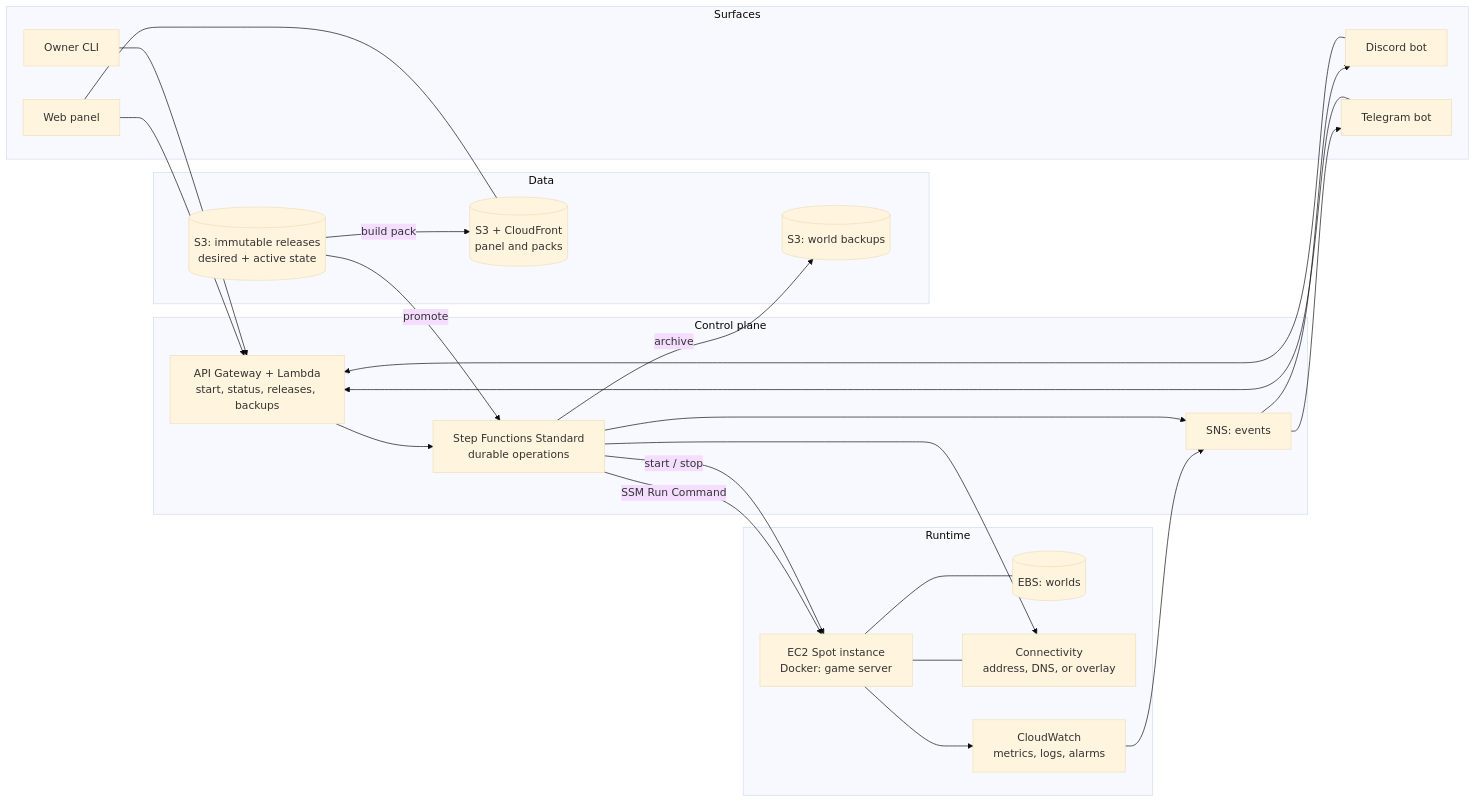
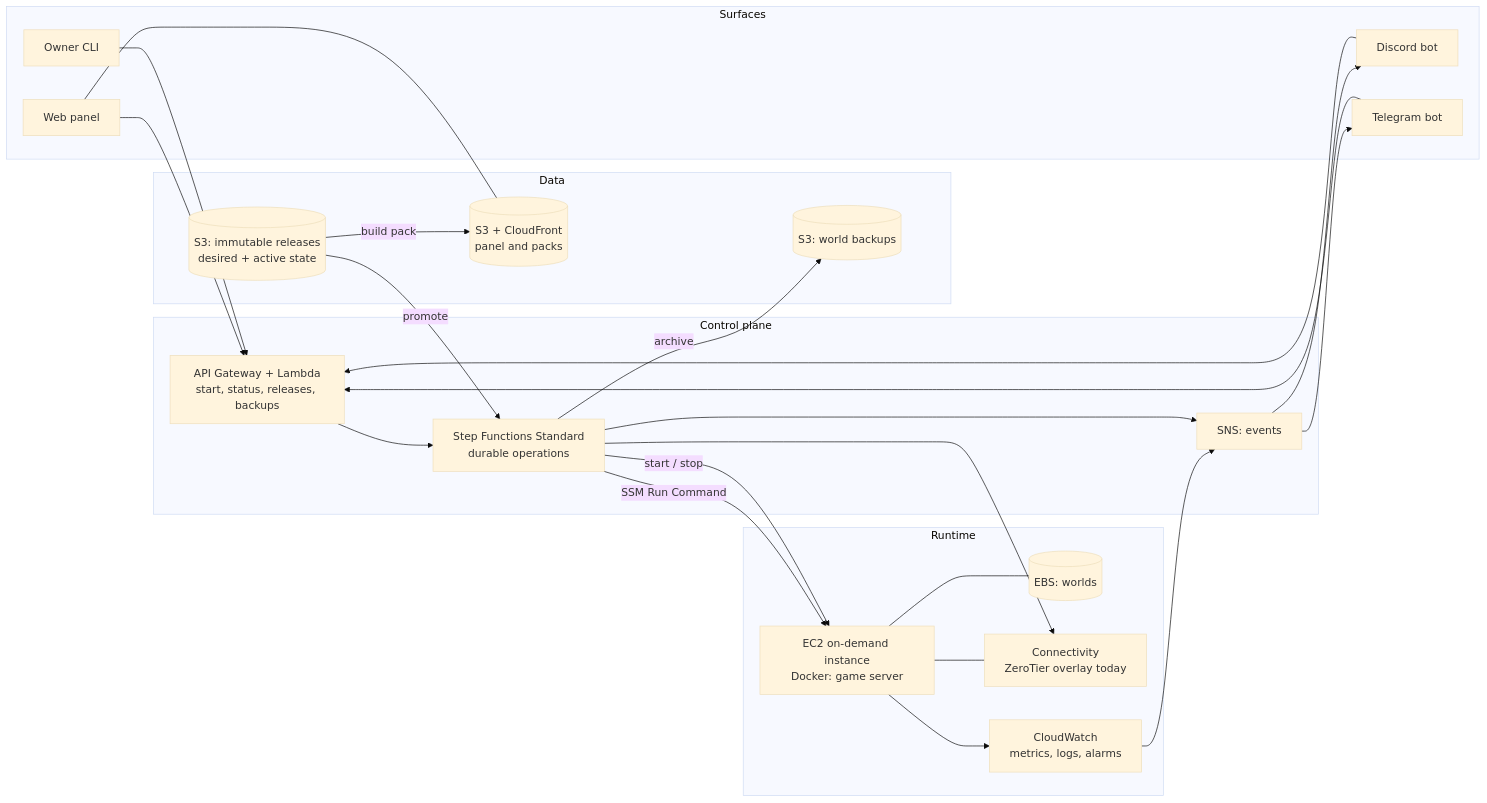
The diagram in README.md (DrArzter/spawnpoint), drawn with Mermaid (base theme) before and after one commit. The commit also changed other lines of this file and 1 other file, not shown here.

````diff
--- a/README.md
+++ b/README.md
@@ -72,48 +84,48 @@
 ```mermaid
 flowchart LR
     subgraph Surfaces
         WEB[Web panel]
         DIS[Discord bot]
         TG[Telegram bot]
         CLI[Owner CLI]
     end
 
     subgraph ControlPlane["Control plane"]
         API[API Gateway + Lambda<br/>start, status, releases, backups]
         SFN[Step Functions Standard<br/>durable operations]
         BUS[SNS: events]
     end
 
     subgraph Data
         REL[(S3: immutable releases<br/>desired + active state)]
         BAK[(S3: world backups)]
         SITE[(S3 + CloudFront<br/>panel and packs)]
     end
 
     subgraph Runtime
-        EC2[EC2 Spot instance<br/>Docker: game server]
+        EC2[EC2 on-demand instance<br/>Docker: game server]
         EBS[(EBS: worlds)]
-        NET[Connectivity<br/>address, DNS, or overlay]
+        NET[Connectivity<br/>ZeroTier overlay today]
         CW[CloudWatch<br/>metrics, logs, alarms]
     end
 
     WEB --> API
     DIS --> API
     TG --> API
     CLI --> API
     API --> SFN
     SFN -->|SSM Run Command| EC2
     SFN -->|start / stop| EC2
     REL -->|promote| SFN
     EC2 --- EBS
     SFN -->|archive| BAK
     SFN --> NET
     EC2 --- NET
     EC2 --> CW
     CW --> BUS
     SFN --> BUS
     BUS --> DIS
     BUS --> TG
     WEB --- SITE
     REL -->|build pack| SITE
 ```
````
